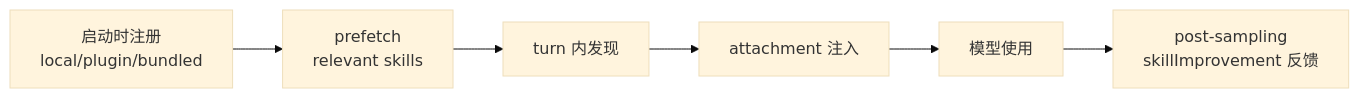
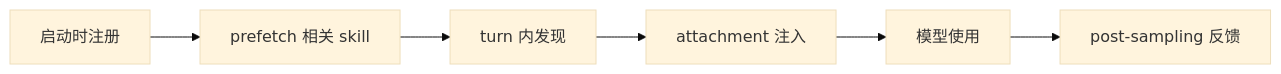
One commit to betaHi/betaHi.github.io changed the diagram in claude-code-architecture/14-skills-system-deep-dive.md. Above: the diagram before and after it, drawn with Mermaid (base theme). The commit also changed 12 other files, not shown here.

First line of the commit message:
Prevent mermaid clipping by shortening dense node labels

````diff
--- a/claude-code-architecture/14-skills-system-deep-dive.md
+++ b/claude-code-architecture/14-skills-system-deep-dive.md
@@ -20,8 +20,8 @@
 ```mermaid
 flowchart LR
-  A[启动时注册<br/>local/plugin/bundled] --> B[prefetch<br/>relevant skills]
+  A[启动时注册] --> B[prefetch 相关 skill]
   B --> C[turn 内发现]
   C --> D[attachment 注入]
   D --> E[模型使用]
-  E --> F[post-sampling<br/>skillImprovement 反馈]
+  E --> F[post-sampling 反馈]
 ```
````
